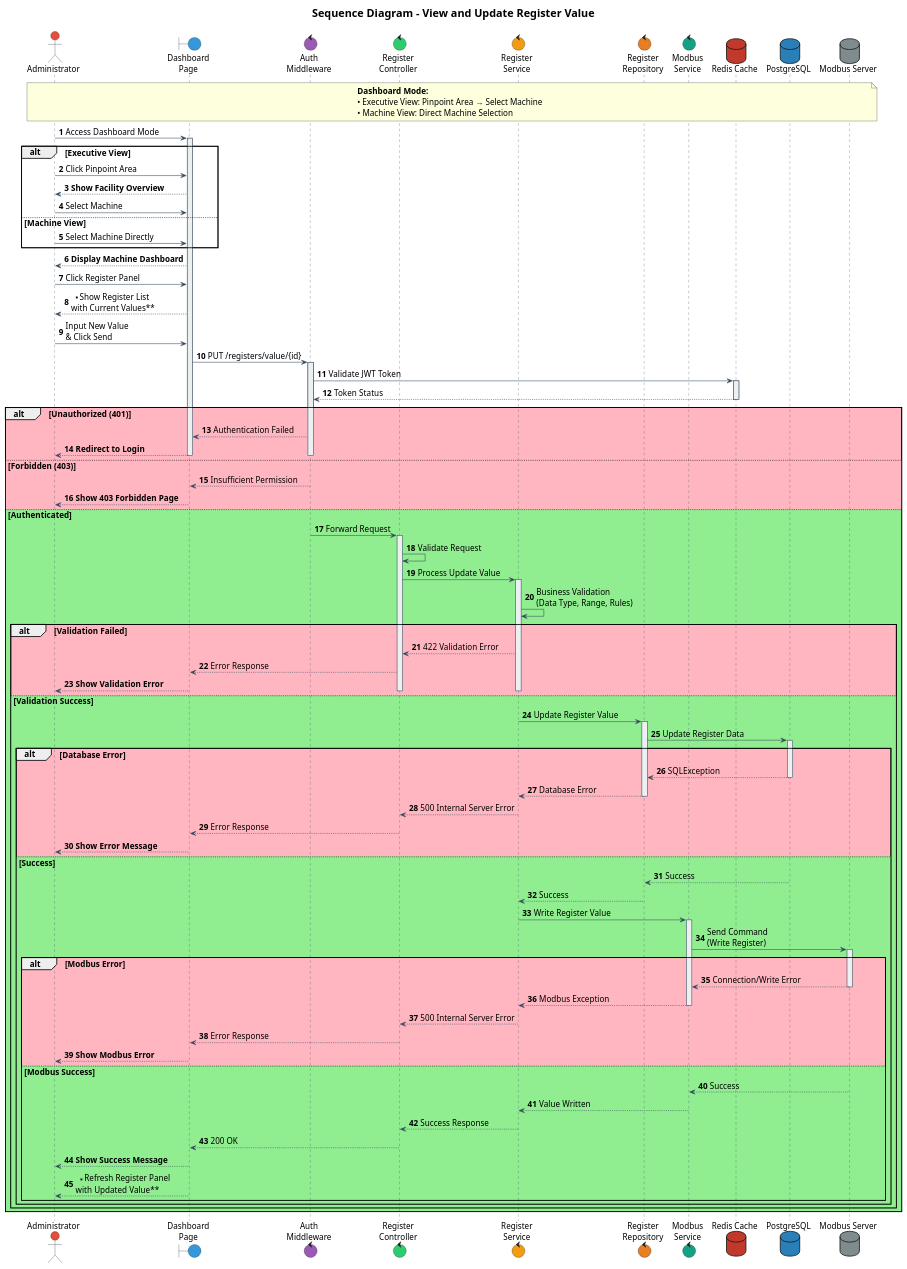
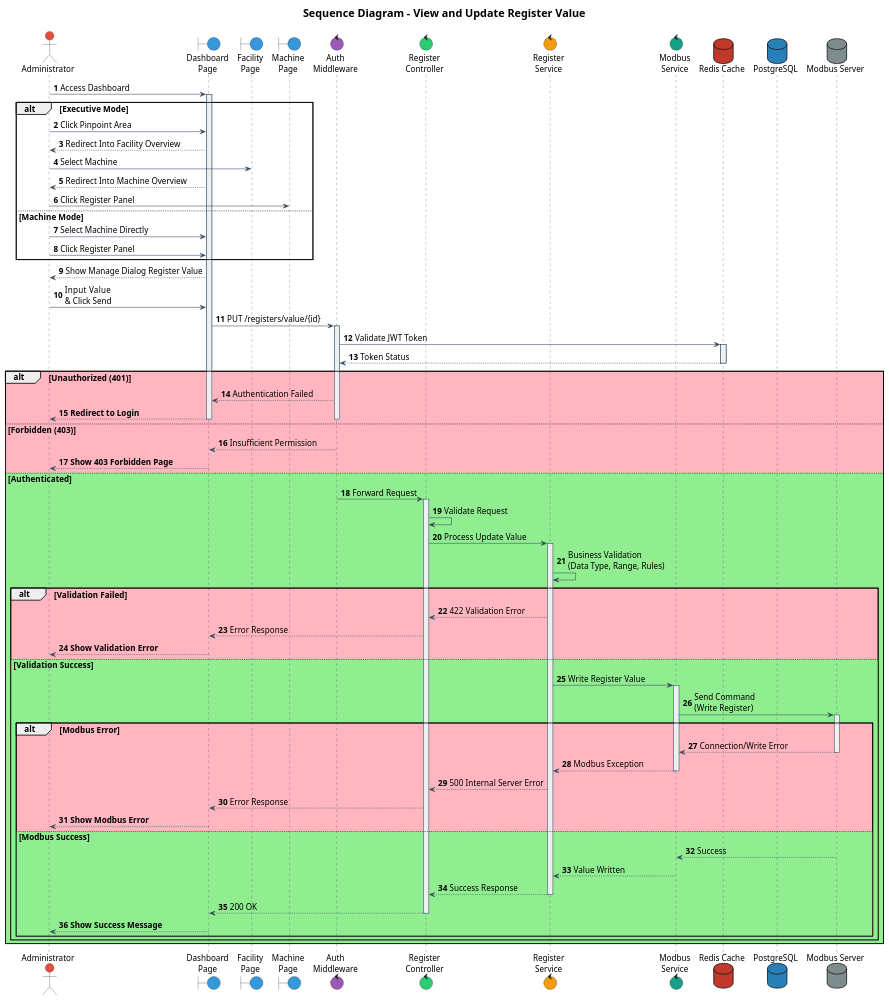
One commit to IntConnect/go-intconnect-api changed the diagram in documentation/sequence/register/edit.puml. Above: the diagram before and after it, drawn with PlantUML. The commit also changed 7 other files, not shown here.

```diff
--- a/documentation/sequence/register/edit.puml
+++ b/documentation/sequence/register/edit.puml
@@ -1,180 +1,150 @@
 @startuml
 
 ' Font configuration
 skinparam defaultFontName Times New Roman
 skinparam defaultFontSize 15
 
 ' Participant styling
 skinparam participant {
     BackgroundColor #ECF0F1
     BorderColor #34495E
     FontColor Black
     FontName Times New Roman
     FontSize 15
 }
 
 skinparam sequence {
     ArrowColor #34495E
     LifeLineBorderColor #34495E
     LifeLineBackgroundColor #ECF0F1
     ArrowFontName Times New Roman
     ArrowFontSize 15
 }
 
 skinparam actorFontSize 15
 skinparam noteFontSize 15
 skinparam noteFontName "Times New Roman"
 
 ' Actors and components
 actor "Administrator" as admin #E74C3C
 boundary "Dashboard\nPage" as boundDashboard #3498DB
+boundary "Facility\nPage" as boundFacility #3498DB
+boundary "Machine\nPage" as boundMachine #3498DB
 control "Auth\nMiddleware" as authMiddleware #9B59B6
 control "Register\nController" as controller #2ECC71
 control "Register\nService" as service #F39C12
-control "Register\nRepository" as repository #E67E22
 control "Modbus\nService" as modbusService #16A085
 database "Redis Cache" as dbRedis #C0392B
 database "PostgreSQL" as dbPsql #2980B9
 database "Modbus Server" as modbusServer #7F8C8D
 
 title
 <size:20><b>Sequence Diagram - View and Update Register Value</b></size>
 ----
 end title
 
 autonumber
 
-note over admin, modbusServer
-    **Dashboard Mode:**
-    • Executive View: Pinpoint Area → Select Machine
-    • Machine View: Direct Machine Selection
-end note
-
 ' === ACCESS DASHBOARD ===
-admin -> boundDashboard: Access Dashboard Mode
+admin -> boundDashboard: Access Dashboard
 activate boundDashboard
 
-alt Executive View
+alt Executive Mode
     admin -> boundDashboard: Click Pinpoint Area
-    boundDashboard --> admin: **Show Facility Overview**
-    admin -> boundDashboard: Select Machine
-else Machine View
+    boundDashboard --> admin: Redirect Into Facility Overview
+    admin -> boundFacility: Select Machine
+    boundDashboard --> admin: Redirect Into Machine Overview
+admin -> boundMachine: Click Register Panel
+
+else Machine Mode
     admin -> boundDashboard: Select Machine Directly
+admin -> boundDashboard: Click Register Panel
+
 end
 
-boundDashboard --> admin: **Display Machine Dashboard**
 
 ' === VIEW REGISTER PANEL ===
-admin -> boundDashboard: Click Register Panel
-boundDashboard --> admin: **Show Register List\nwith Current Values**
+boundDashboard --> admin: Show Manage Dialog Register Value
 
 ' === UPDATE REGISTER VALUE ===
-admin -> boundDashboard: Input New Value\n& Click Send
+admin -> boundDashboard: Input  Value\n& Click Send
 
 boundDashboard -> authMiddleware: PUT /registers/value/{id}
 activate authMiddleware
 
 authMiddleware -> dbRedis: Validate JWT Token
 activate dbRedis
 dbRedis --> authMiddleware: Token Status
 deactivate dbRedis
 
 alt #LightPink Unauthorized (401)
     authMiddleware --> boundDashboard: Authentication Failed
     boundDashboard --> admin: **Redirect to Login**
     deactivate authMiddleware
     deactivate boundDashboard
 
 else #LightPink Forbidden (403)
     authMiddleware --> boundDashboard: Insufficient Permission
     boundDashboard --> admin: **Show 403 Forbidden Page**
     deactivate authMiddleware
     deactivate boundDashboard
 
 else #LightGreen Authenticated
 
     authMiddleware -> controller: Forward Request
     deactivate authMiddleware
     activate controller
 
     controller -> controller: Validate Request
 
     controller -> service: Process Update Value
     activate service
 
     service -> service: Business Validation\n(Data Type, Range, Rules)
 
     alt #LightPink Validation Failed
         service --> controller: 422 Validation Error
         controller --> boundDashboard: Error Response
         boundDashboard --> admin: **Show Validation Error**
-        deactivate service
-        deactivate controller
 
     else #LightGreen Validation Success
 
-        ' === SAVE TO DATABASE ===
-        service -> repository: Update Register Value
-        activate repository
 
-        repository -> dbPsql: Update Register Data
-        activate dbPsql
 
-        alt #LightPink Database Error
-            dbPsql --> repository: SQLException
-            deactivate dbPsql
-            repository --> service: Database Error
-            deactivate repository
-            service --> controller: 500 Internal Server Error
-            controller --> boundDashboard: Error Response
-            boundDashboard --> admin: **Show Error Message**
-            deactivate service
-            deactivate controller
 
-        else #LightGreen Success
-            dbPsql --> repository: Success
-            deactivate dbPsql
-
-            repository --> service: Success
-            deactivate repository
 
             ' === SEND TO MODBUS SERVER ===
             service -> modbusService: Write Register Value
             activate modbusService
 
             modbusService -> modbusServer: Send Command\n(Write Register)
             activate modbusServer
 
             alt #LightPink Modbus Error
                 modbusServer --> modbusService: Connection/Write Error
                 deactivate modbusServer
                 modbusService --> service: Modbus Exception
                 deactivate modbusService
                 service --> controller: 500 Internal Server Error
                 controller --> boundDashboard: Error Response
                 boundDashboard --> admin: **Show Modbus Error**
-                deactivate service
-                deactivate controller
 
             else #LightGreen Modbus Success
                 modbusServer --> modbusService: Success
                 deactivate modbusServer
 
                 modbusService --> service: Value Written
                 deactivate modbusService
 
                 service --> controller: Success Response
                 deactivate service
 
                 controller --> boundDashboard: 200 OK
                 deactivate controller
 
                 boundDashboard --> admin: **Show Success Message**
-                boundDashboard --> admin: **Refresh Register Panel\nwith Updated Value**
                 deactivate boundDashboard
             end
         end
-    end
 end
-
 @enduml
```
